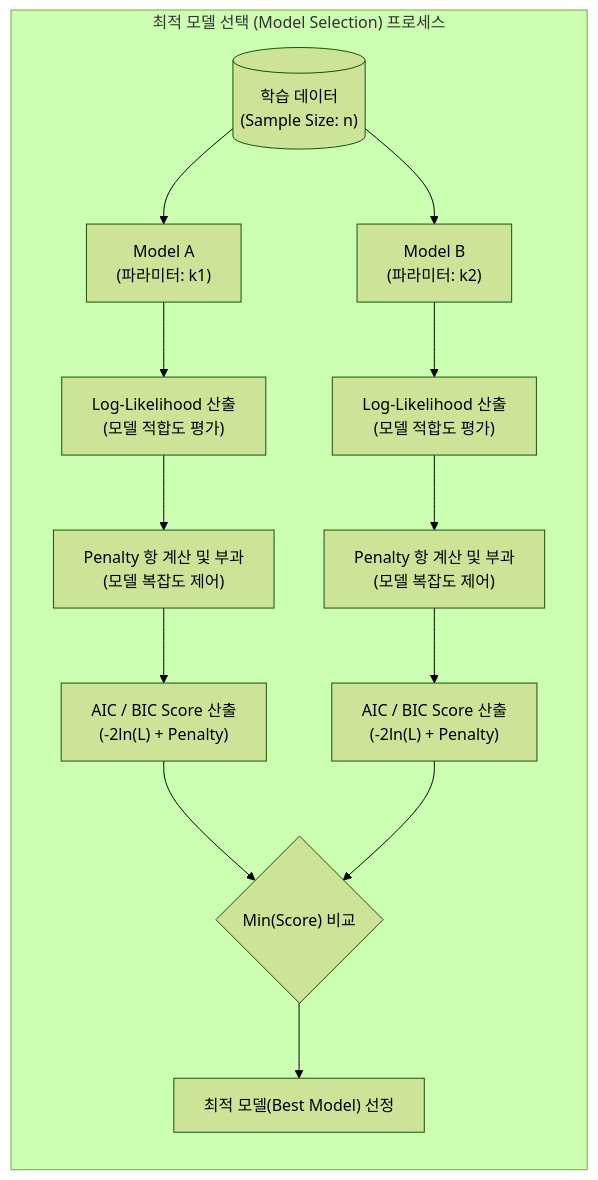
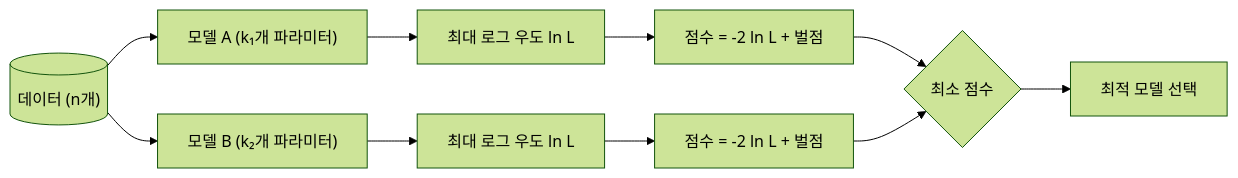
The diagram in content/01_IT Tech/AIC(Akaike information Criterion) & BIC(Bayesian information Criterion).md (supremethumb/supremethumb.github.io), drawn with Mermaid (forest theme) before and after one commit. The commit also changed other lines of this file and 1087 other files, not shown here.

````diff
--- a/content/01_IT Tech/AIC(Akaike information Criterion) & BIC(Bayesian information Criterion).md
+++ b/content/01_IT Tech/AIC(Akaike information Criterion) & BIC(Bayesian information Criterion).md
@@ -27,23 +36,11 @@
 ```mermaid
-flowchart TB
-    subgraph Model_Selection["최적 모델 선택 (Model Selection) 프로세스"]
-        direction TB
-        Data[("학습 데이터<br/>(Sample Size: n)")] --> ModelA["Model A<br/>(파라미터: k1)"]
-        Data --> ModelB["Model B<br/>(파라미터: k2)"]
-        
-        ModelA --> L1["Log-Likelihood 산출<br/>(모델 적합도 평가)"]
-        ModelB --> L2["Log-Likelihood 산출<br/>(모델 적합도 평가)"]
-        
-        L1 --> Pen1["Penalty 항 계산 및 부과<br/>(모델 복잡도 제어)"]
-        L2 --> Pen2["Penalty 항 계산 및 부과<br/>(모델 복잡도 제어)"]
-        
-        Pen1 --> Score1["AIC / BIC Score 산출<br/>(-2ln(L) + Penalty)"]
-        Pen2 --> Score2["AIC / BIC Score 산출<br/>(-2ln(L) + Penalty)"]
-        
-        Score1 --> Compare{"Min(Score) 비교"}
-        Score2 --> Compare
-        
-        Compare --> Best["최적 모델(Best Model) 선정"]
-    end
-
+flowchart LR
+    D[("데이터 (n개)")] --> A["모델 A (k₁개 파라미터)"]
+    D --> B["모델 B (k₂개 파라미터)"]
+    A --> LA["최대 로그 우도 ln L"]
+    B --> LB["최대 로그 우도 ln L"]
+    LA --> SA["점수 = -2 ln L + 벌점"]
+    LB --> SB["점수 = -2 ln L + 벌점"]
+    SA & SB --> C{"최소 점수"}
+    C --> BEST["최적 모델 선택"]
 ```
````
